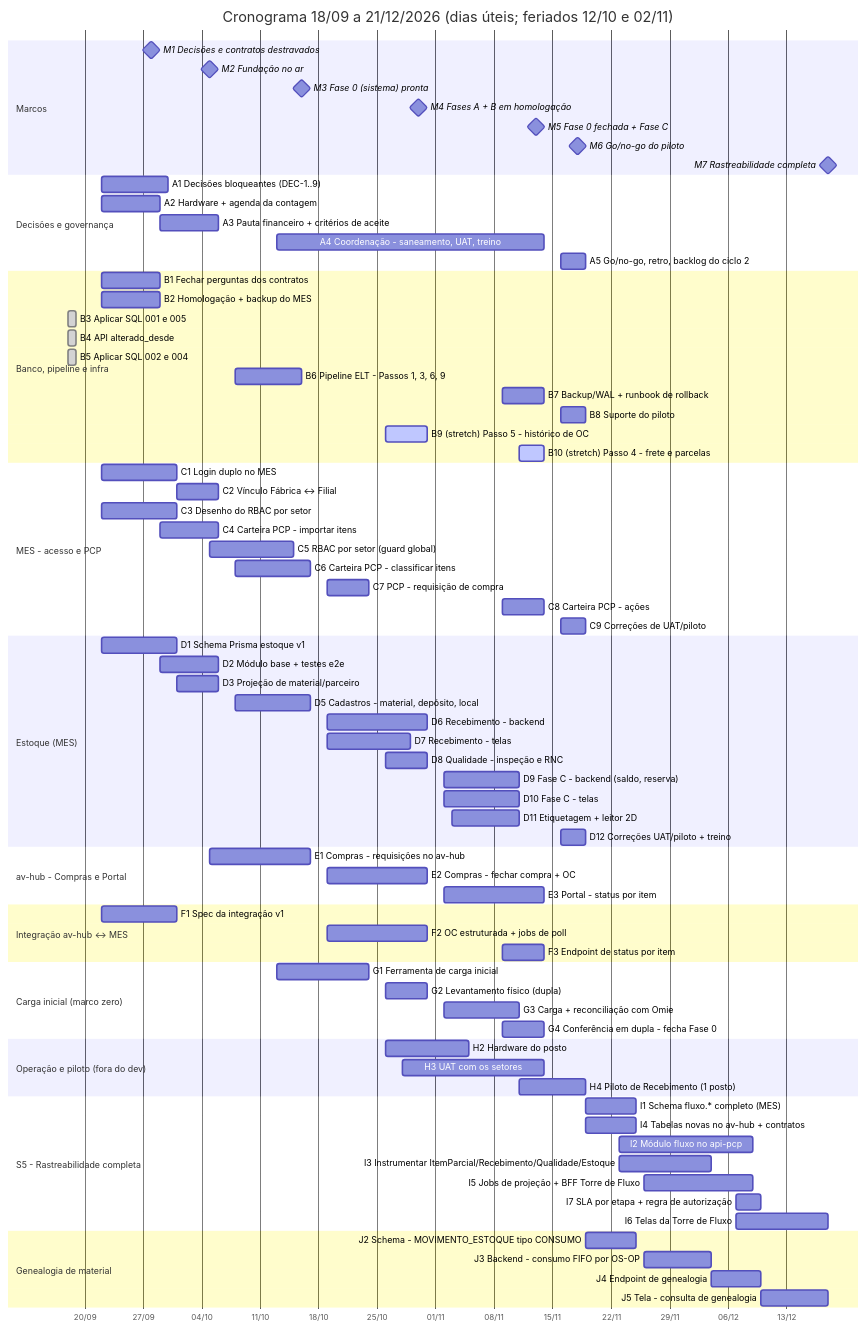
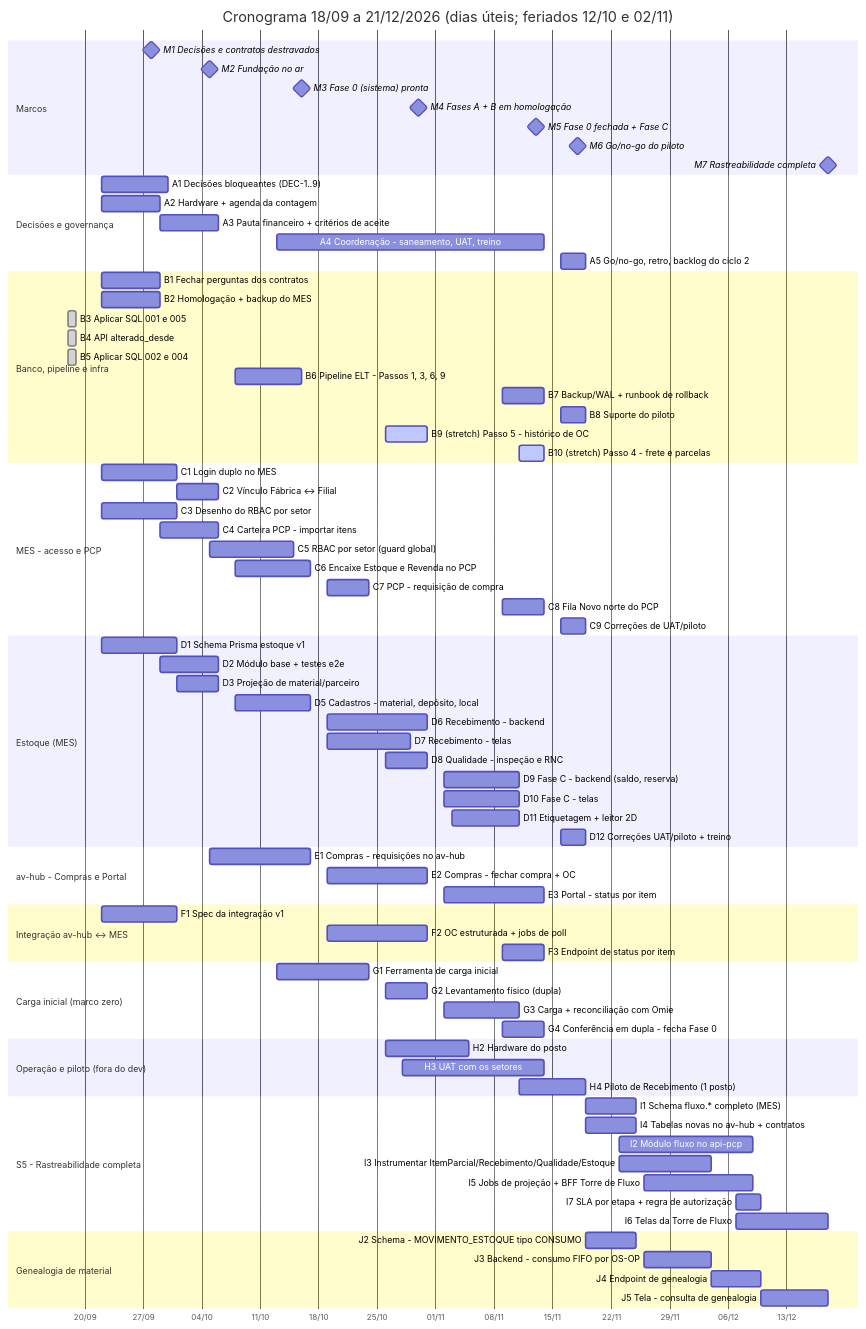
One commit to Acosvital/vault-avhub-mer changed the diagram in 07-Cronograma/Cronograma-2-Meses.md. Above: the diagram before and after it, drawn with Mermaid. The commit also changed other lines of this file and 36 other files, not shown here.

First line of the commit message:
Encaixe do Estoque e da Revenda no fluxo do PCP (MES)

```diff
--- a/07-Cronograma/Cronograma-2-Meses.md
+++ b/07-Cronograma/Cronograma-2-Meses.md
@@ -266,9 +268,9 @@
     C3 Desenho do RBAC por setor :c3, 2026-09-22, 2026-10-01
     C4 Carteira PCP - importar itens :c4, 2026-09-29, 2026-10-06
     C5 RBAC por setor (guard global) :c5, 2026-10-05, 2026-10-15
-    C6 Carteira PCP - classificar itens :c6, 2026-10-08, 2026-10-17
+    C6 Encaixe Estoque e Revenda no PCP :c6, 2026-10-08, 2026-10-17
     C7 PCP - requisição de compra :c7, 2026-10-19, 2026-10-24
-    C8 Carteira PCP - ações :c8, 2026-11-09, 2026-11-14
+    C8 Fila Novo norte do PCP :c8, 2026-11-09, 2026-11-14
     C9 Correções de UAT/piloto :c9, 2026-11-16, 2026-11-19
     section Estoque (MES)
     D1 Schema Prisma estoque v1 :d1, 2026-09-22, 2026-10-01
```
